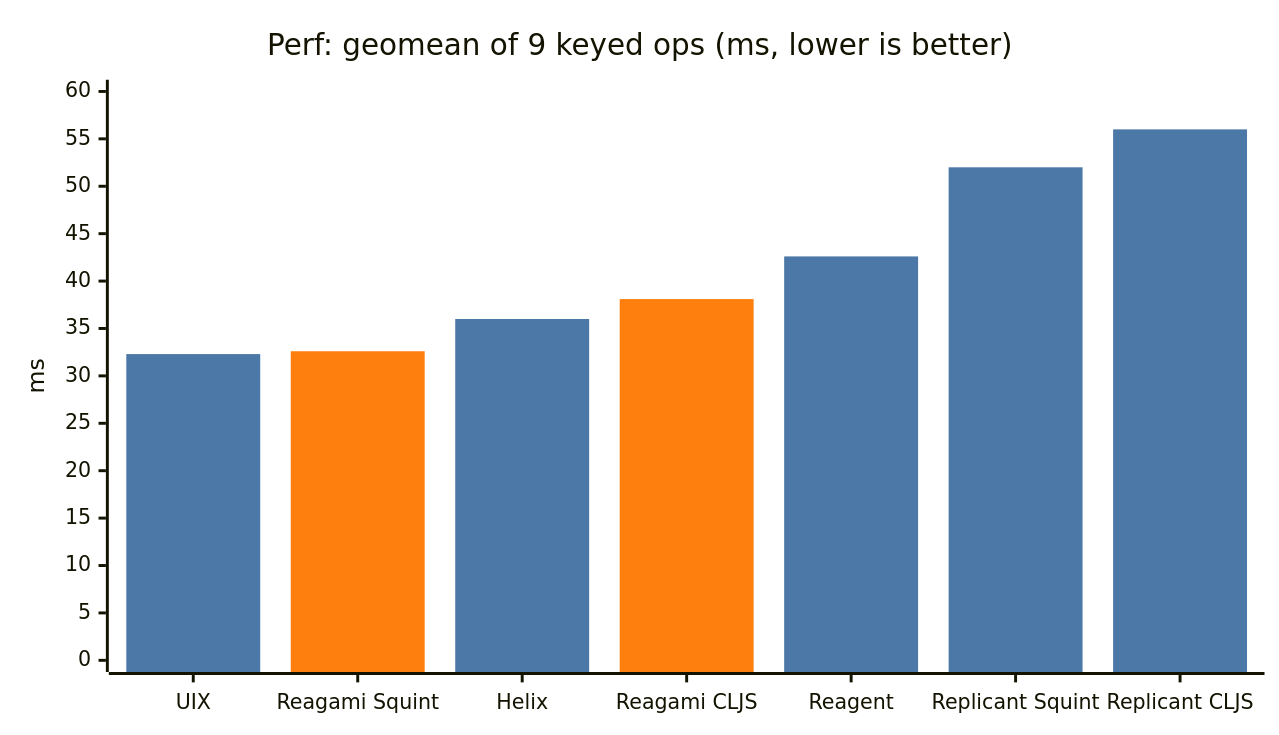
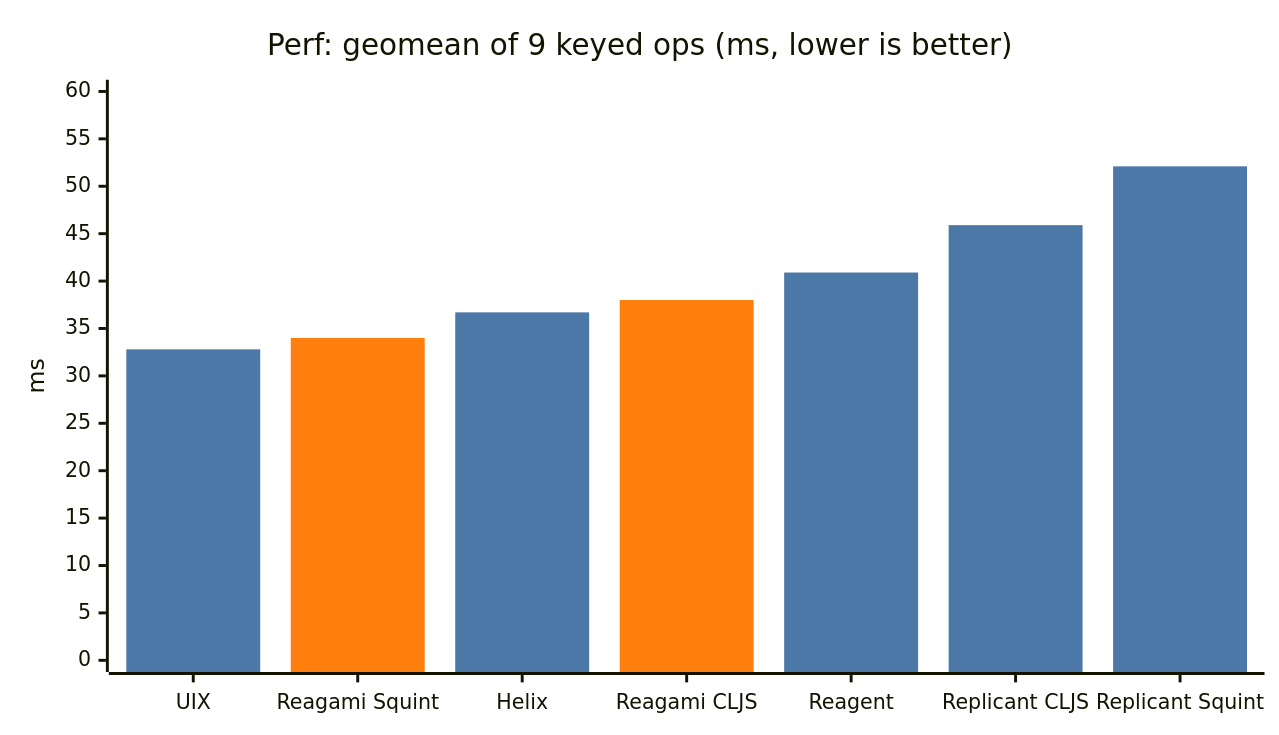
One commit to borkdude/reagami changed the first of 2 diagrams in README.md. Above: the diagram before and after it, drawn with Mermaid. The commit also changed other lines of this file and 1 other file, not shown here.

````diff
--- a/README.md
+++ b/README.md
@@ -259,17 +259,17 @@
 ```mermaid
 ---
 config:
   xyChart:
     width: 850
     height: 480
   themeVariables:
     xyChart:
       plotColorPalette: "#ff7f0e, #4c78a8"
 ---
 xychart-beta
     title "Perf: geomean of 9 keyed ops (ms, lower is better)"
-    x-axis ["UIX", "Reagami Squint", "Helix", "Reagami CLJS", "Reagent", "Replicant Squint", "Replicant CLJS"]
+    x-axis ["UIX", "Reagami Squint", "Helix", "Reagami CLJS", "Reagent", "Replicant CLJS", "Replicant Squint"]
     y-axis "ms" 0 --> 60
-    bar [-5, 32.6, -5, 38.1, -5, -5, -5]
-    bar [32.3, -5, 36.0, -5, 42.6, 52.0, 56.0]
+    bar [-5, 34.0, -5, 38.0, -5, -5, -5]
+    bar [32.8, -5, 36.7, -5, 40.9, 45.9, 52.1]
 ```
````
